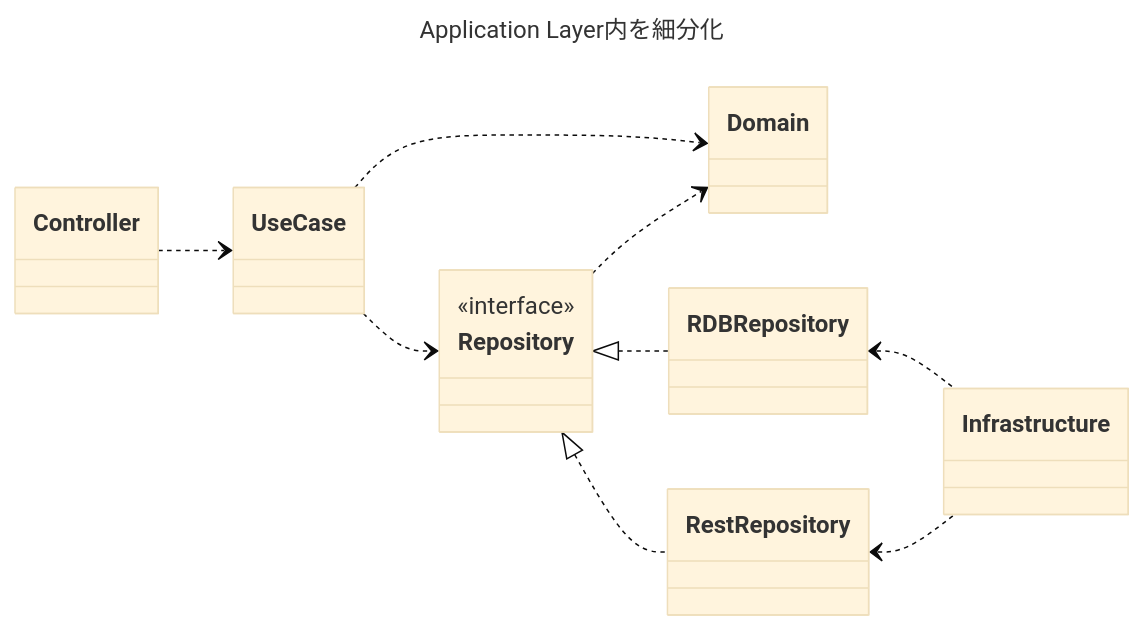
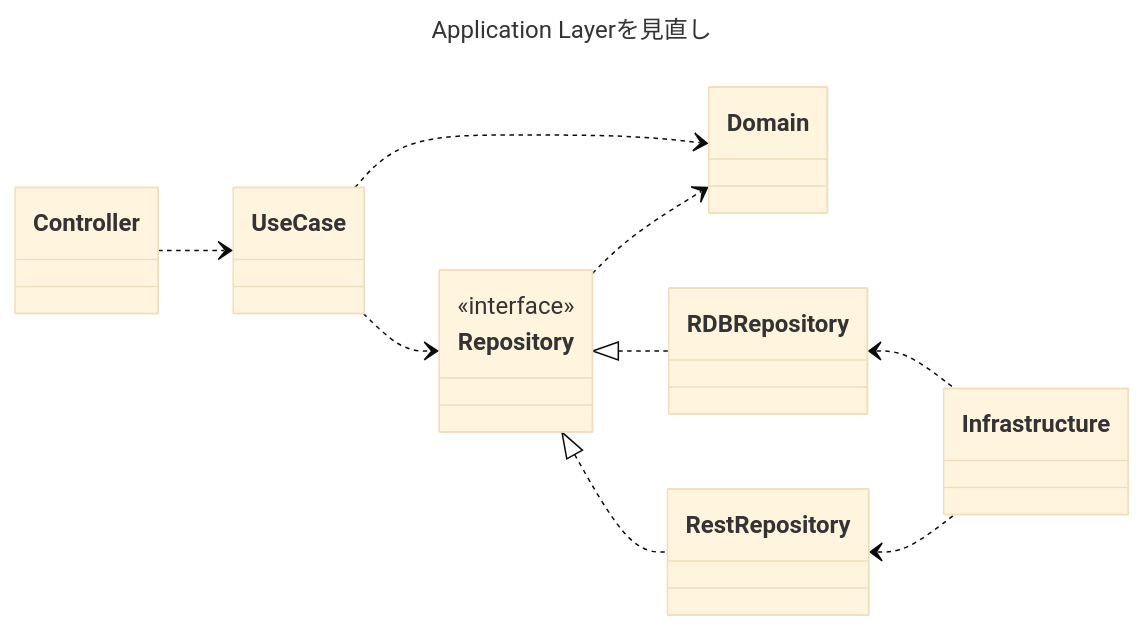
Before and after one commit to k2tzumi/activerecord-pattern-unlearning-clean-architecture: the fourth of 4 diagrams in slides.md, drawn with Mermaid (base theme). The commit also changed other lines of this file, not shown here.

````diff
--- a/slides.md
+++ b/slides.md
@@ -1014,22 +1021,22 @@
 ```mermaid
 ---
-title: Application Layer内を細分化
+title: Application Layerを見直し
 ---
 classDiagram
     direction LR
     class Controller
     class UseCase
     class Domain
     class Repository {
       <<interface>>
     }
     class Infrastructure
     Controller ..> UseCase
     UseCase ..> Repository
     UseCase　..> Domain
     Repository ..> Domain
     Repository <|.. RDBRepository
     RDBRepository <.. Infrastructure
     Repository <|.. RestRepository
     RestRepository <.. Infrastructure
 ```
````
